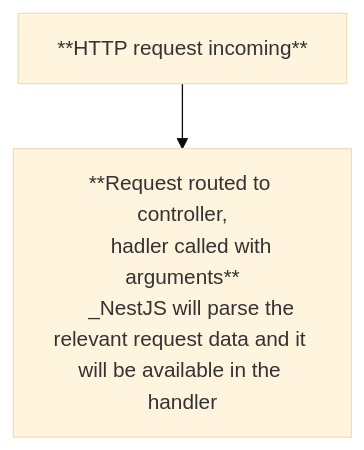
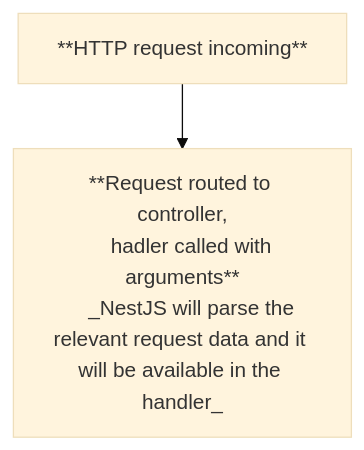
Before and after one commit to albin-joseph/myjslearnings: the diagram in nestjs/NestJs.MD, drawn with Mermaid (base theme).

Commit message:
add flowdiagram

````diff
--- a/nestjs/NestJs.MD
+++ b/nestjs/NestJs.MD
@@ -122,9 +122,9 @@
   ```mermaid
     flowchart TD;
         step1[" **HTTP request incoming** "]
         step2["**Request routed to controller,
         hadler called with arguments**
-        _NestJS will parse the relevant request data and it will be available in the handler
+        _NestJS will parse the relevant request data and it will be available in the handler_
         "]
         step1 --> step2
     ```
````
